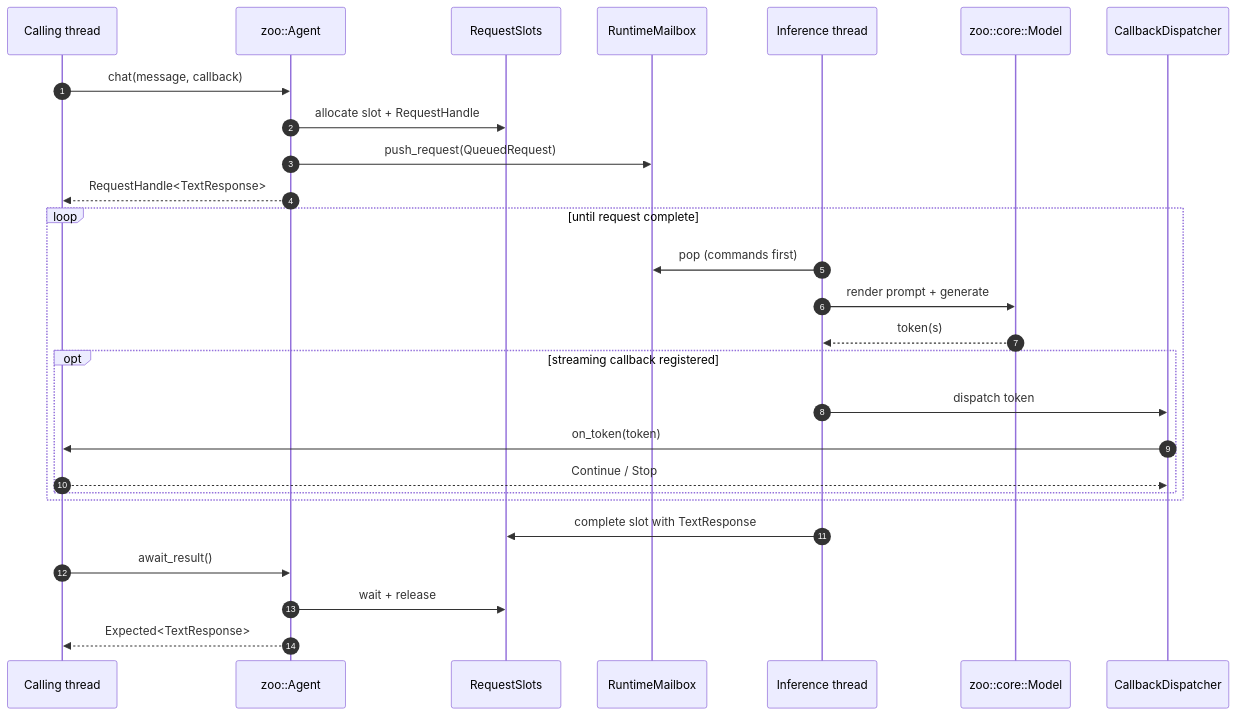
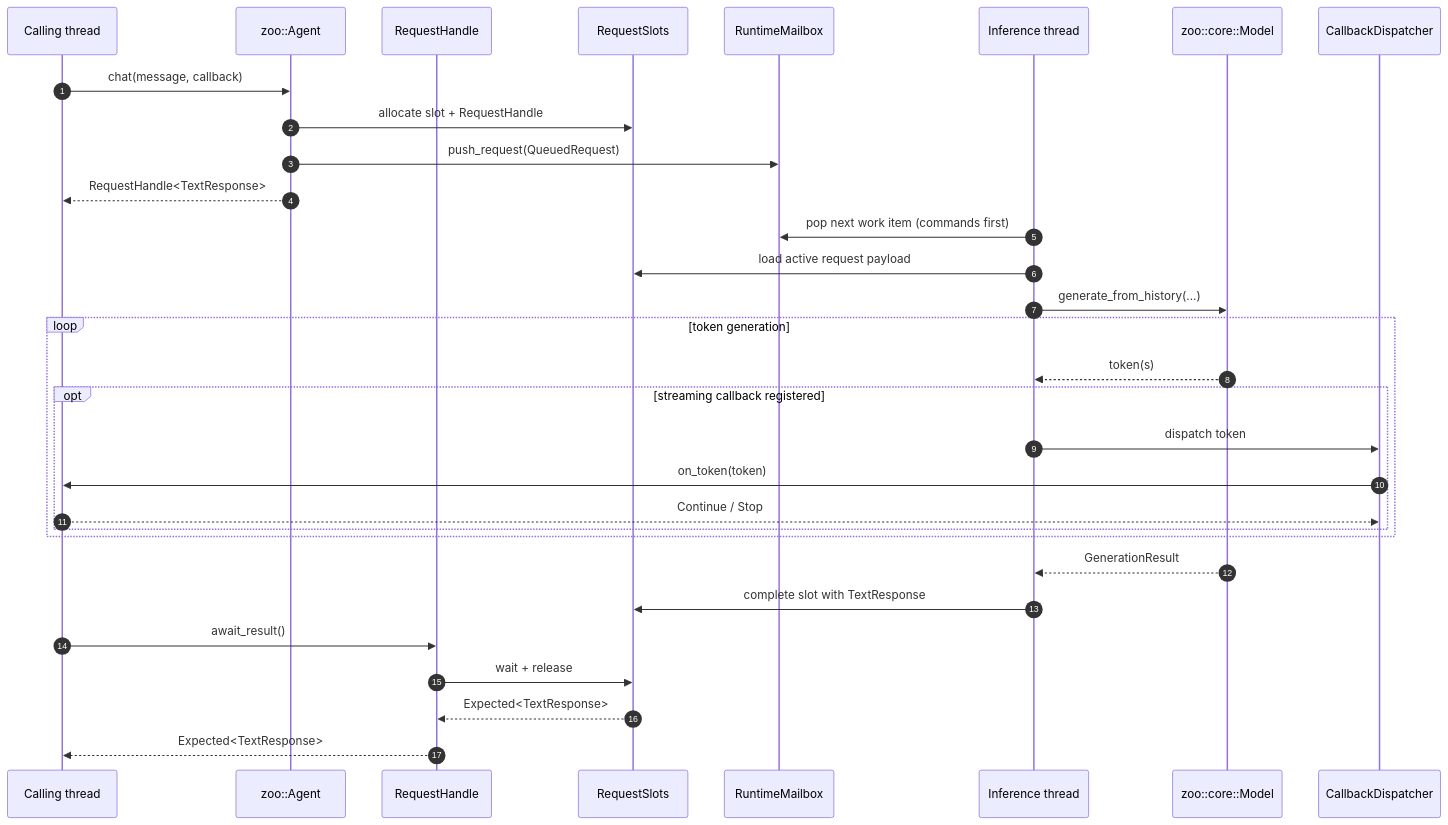
Before and after one commit to crybo-rybo/zoo-keeper: the second of 4 diagrams in docs/architecture.md, drawn with Mermaid. The commit also changed other lines of this file and 5 other files, not shown here.

Commit message:
docs: align architecture diagrams with implementation

````diff
--- a/docs/architecture.md
+++ b/docs/architecture.md
@@ -66,32 +68,36 @@
 ```mermaid
 sequenceDiagram
     autonumber
     participant App as Calling thread
     participant Facade as zoo::Agent
+    participant Handle as RequestHandle
     participant Slots as RequestSlots
     participant Mailbox as RuntimeMailbox
     participant Inf as Inference thread
     participant Model as zoo::core::Model
     participant CB as CallbackDispatcher
 
     App->>Facade: chat(message, callback)
     Facade->>Slots: allocate slot + RequestHandle
     Facade->>Mailbox: push_request(QueuedRequest)
     Facade-->>App: RequestHandle<TextResponse>
 
-    loop until request complete
-        Inf->>Mailbox: pop (commands first)
-        Inf->>Model: render prompt + generate
+    Inf->>Mailbox: pop next work item (commands first)
+    Inf->>Slots: load active request payload
+    Inf->>Model: generate_from_history(...)
+    loop token generation
         Model-->>Inf: token(s)
         opt streaming callback registered
             Inf->>CB: dispatch token
             CB->>App: on_token(token)
             App-->>CB: Continue / Stop
         end
     end
+    Model-->>Inf: GenerationResult
 
     Inf->>Slots: complete slot with TextResponse
-    App->>Facade: await_result()
-    Facade->>Slots: wait + release
-    Facade-->>App: Expected<TextResponse>
+    App->>Handle: await_result()
+    Handle->>Slots: wait + release
+    Slots-->>Handle: Expected<TextResponse>
+    Handle-->>App: Expected<TextResponse>
 ```
````
